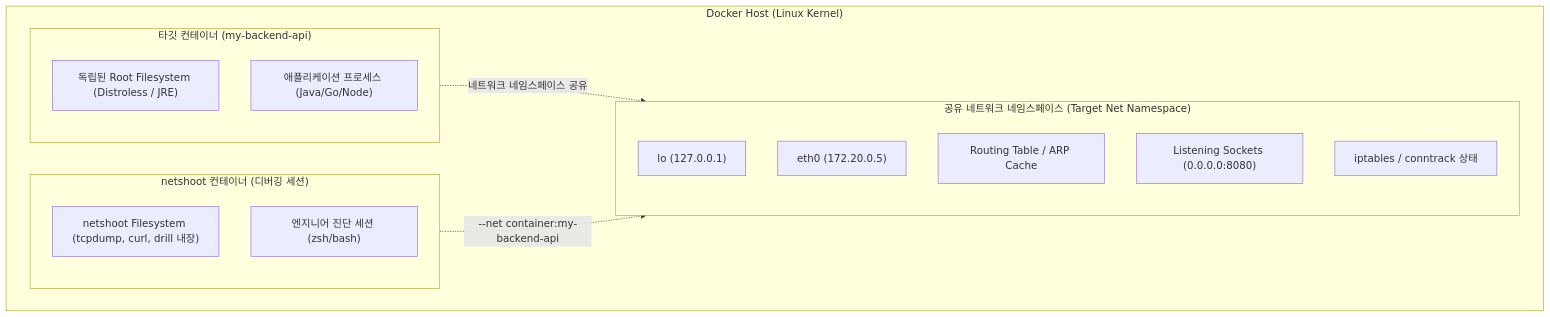
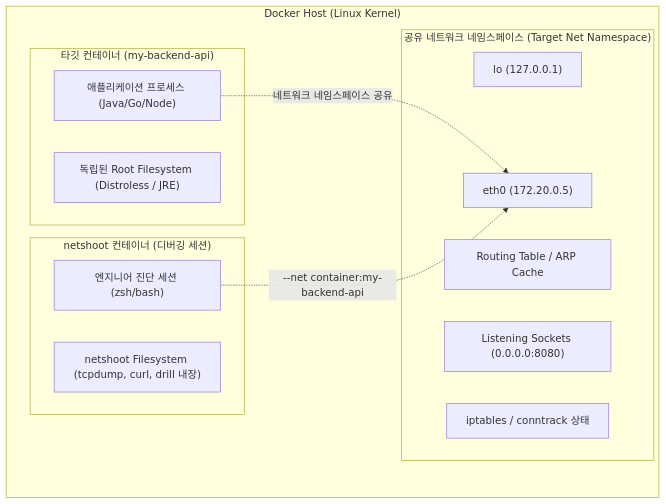
One commit to cmsong111/blog changed the first of 3 diagrams in _posts/Docker/Network/2026-06-11-docker-network-debugging-netshoot.md. Above: the diagram before and after it, drawn with Mermaid. The commit also changed other lines of this file and 96 other files, not shown here.

````diff
--- a/_posts/Docker/Network/2026-06-11-docker-network-debugging-netshoot.md
+++ b/_posts/Docker/Network/2026-06-11-docker-network-debugging-netshoot.md
@@ -55,25 +55,22 @@
 ```mermaid
 flowchart TD
     subgraph Host ["Docker Host (Linux Kernel)"]
         subgraph TargetCont ["타깃 컨테이너 (my-backend-api)"]
             RootFS1["독립된 Root Filesystem (Distroless / JRE)"]
             AppProc["애플리케이션 프로세스 (Java/Go/Node)"]
         end
-
         subgraph NetshootCont ["netshoot 컨테이너 (디버깅 세션)"]
             RootFS2["netshoot Filesystem (tcpdump, curl, drill 내장)"]
             DebugTool["엔지니어 진단 세션 (zsh/bash)"]
         end
-
         subgraph SharedNetNS ["공유 네트워크 네임스페이스 (Target Net Namespace)"]
             Loopback["lo (127.0.0.1)"]
             Eth0["eth0 (172.20.0.5)"]
             RouteTable["Routing Table / ARP Cache"]
             OpenSockets["Listening Sockets (0.0.0.0:8080)"]
             IPTableRules["iptables / conntrack 상태"]
         end
     end
-
-    TargetCont -.->|네트워크 네임스페이스 공유| SharedNetNS
-    NetshootCont -.->|--net container:my-backend-api| SharedNetNS
+    AppProc -.->|"네트워크 네임스페이스 공유"| Eth0
+    DebugTool -.->|"--net container:my-backend-api"| Eth0
 ```
````
